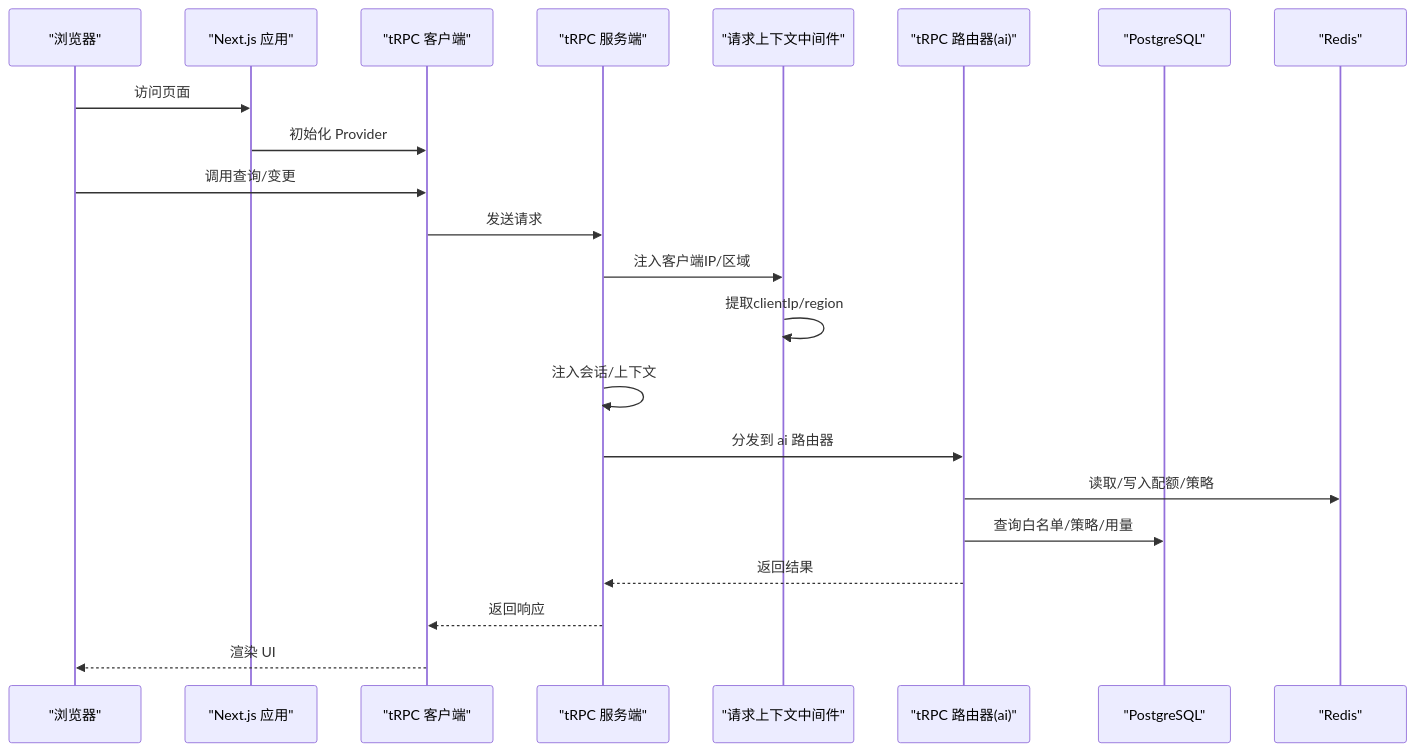
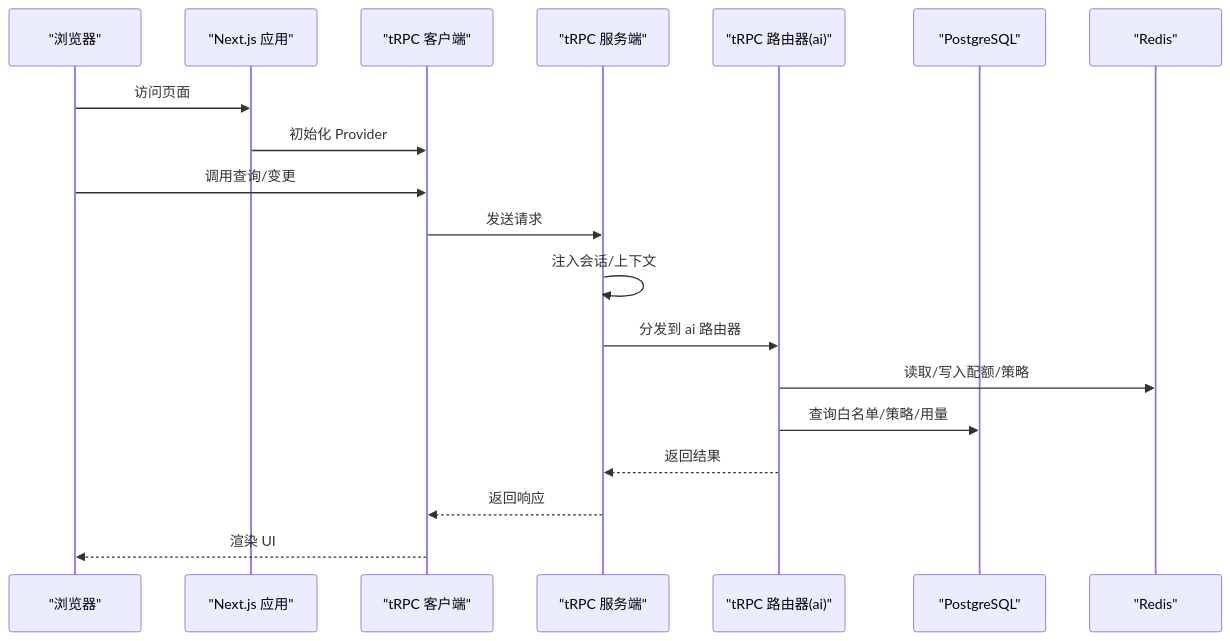
The second of 11 diagrams in .qoder/repowiki/zh/content/架构设计/架构设计.md (RadiumAg/AIGate), drawn with Mermaid before and after one commit. The commit also changed other lines of this file and 21 other files, not shown here.

````diff
--- a/.qoder/repowiki/zh/content/架构设计/架构设计.md
+++ b/.qoder/repowiki/zh/content/架构设计/架构设计.md
@@ -130,24 +104,21 @@
 ```mermaid
 sequenceDiagram
 participant Browser as "浏览器"
 participant NextApp as "Next.js 应用"
 participant TRPCClient as "tRPC 客户端"
 participant TRPCServer as "tRPC 服务端"
-participant Middleware as "请求上下文中间件"
 participant Router as "tRPC 路由器(ai)"
 participant DB as "PostgreSQL"
 participant Cache as "Redis"
 Browser->>NextApp : 访问页面
 NextApp->>TRPCClient : 初始化 Provider
 Browser->>TRPCClient : 调用查询/变更
 TRPCClient->>TRPCServer : 发送请求
-TRPCServer->>Middleware : 注入客户端IP/区域
-Middleware->>Middleware : 提取clientIp/region
 TRPCServer->>TRPCServer : 注入会话/上下文
 TRPCServer->>Router : 分发到 ai 路由器
 Router->>Cache : 读取/写入配额/策略
 Router->>DB : 查询白名单/策略/用量
 Router-->>TRPCServer : 返回结果
 TRPCServer-->>TRPCClient : 返回响应
 TRPCClient-->>Browser : 渲染 UI
 ```
````
